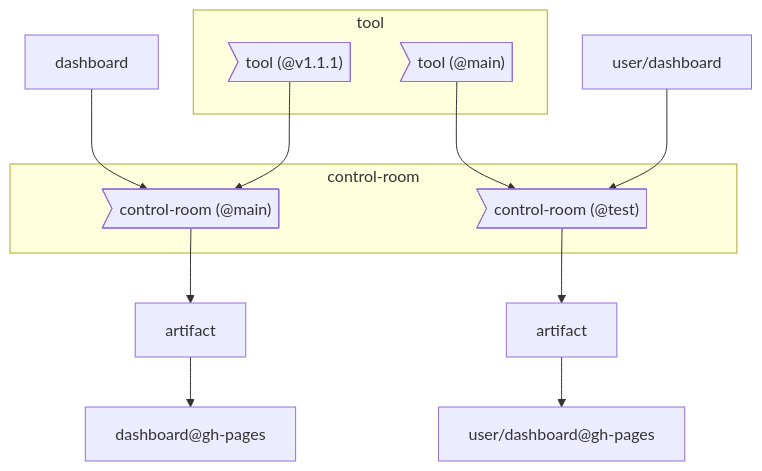
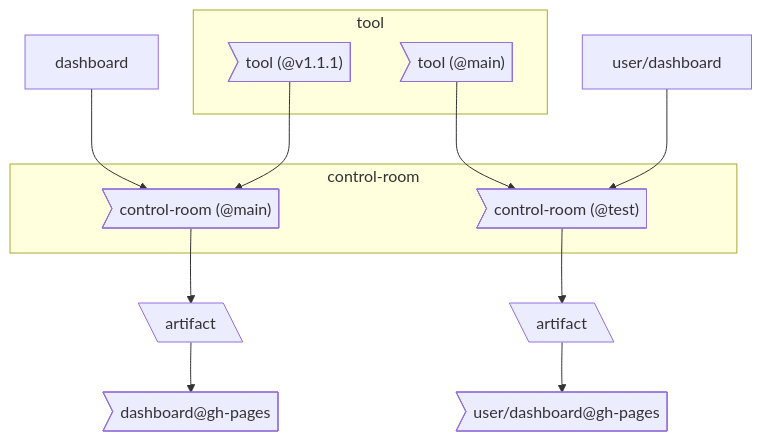
The second of 3 diagrams in docs/source/developer/dashboard-staging.md (hubverse-org/hubDocs), drawn with Mermaid before and after one commit. The commit also changed other lines of this file, not shown here.

````diff
--- a/docs/source/developer/dashboard-staging.md
+++ b/docs/source/developer/dashboard-staging.md
@@ -176,25 +193,24 @@
 ```{mermaid}
 :config: {"theme": "base", "themeVariables": {"primaryColor": "#dbeefb", "primaryBorderColor": "#3c88be"}}
 flowchart TD
     subgraph control-room
         cro>"control-room (@main)"]
         crf>"control-room (@test)"]
     end
     dash["dashboard"]
-    site["dashboard@gh-pages"]
+    site>"dashboard@gh-pages"]
     dashf["user/dashboard"]
-    sitef["user/dashboard@gh-pages"]
-    art["artifact"]
-    artf["artifact"]
+    sitef>"user/dashboard@gh-pages"]
+    art[\"artifact"\]
+    artf[\"artifact"\]
     subgraph tool
         toolv>"tool (@v1.1.1)"]
         toolf>"tool (@main)"]
     end
     dash --> cro
     toolv --> cro
     cro --> art --> site
     toolf --> crf
     dashf --> crf
     crf --> artf -->sitef
-
 ```
````
